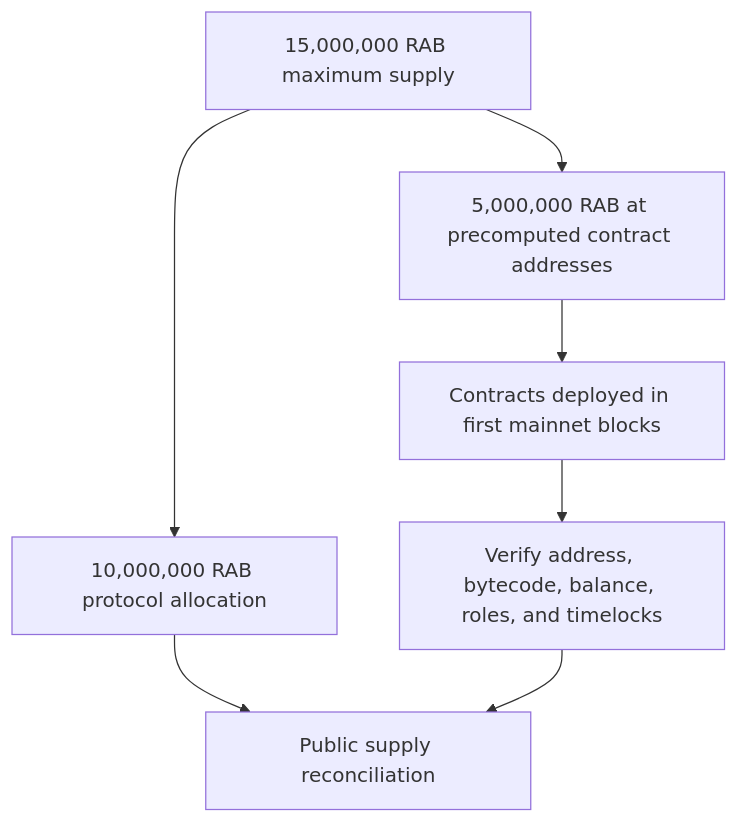
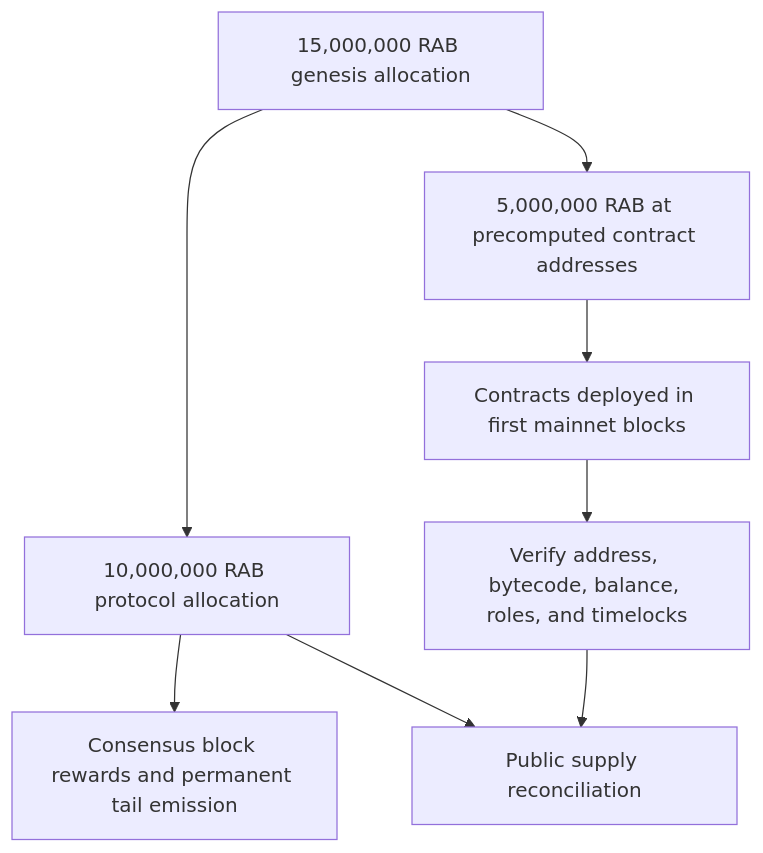
One commit to rabbitmainnet/rabbit-chain-whitepaper changed the third of 3 diagrams in README.md. Above: the diagram before and after it, drawn with Mermaid. The commit also changed other lines of this file and 6 other files, not shown here.

````diff
--- a/README.md
+++ b/README.md
@@ -381,10 +394,11 @@
 ```mermaid
 flowchart TD
-    A[15,000,000 RAB maximum supply]
+    A[15,000,000 RAB genesis allocation]
     A --> B[10,000,000 RAB protocol allocation]
     A --> C[5,000,000 RAB at precomputed contract addresses]
+    B --> G[Consensus block rewards and permanent tail emission]
     C --> D[Contracts deployed in first mainnet blocks]
     B --> E[Public supply reconciliation]
     D --> F[Verify address, bytecode, balance, roles, and timelocks]
     F --> E
 ```
````
